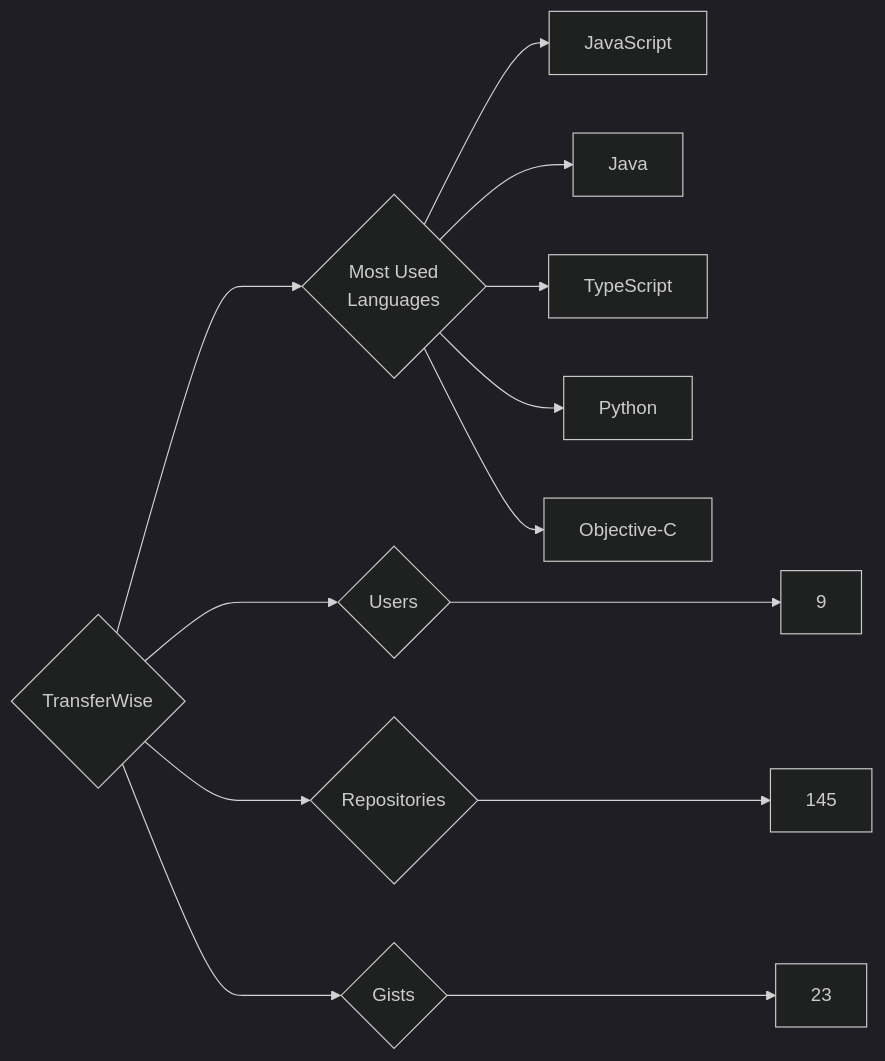
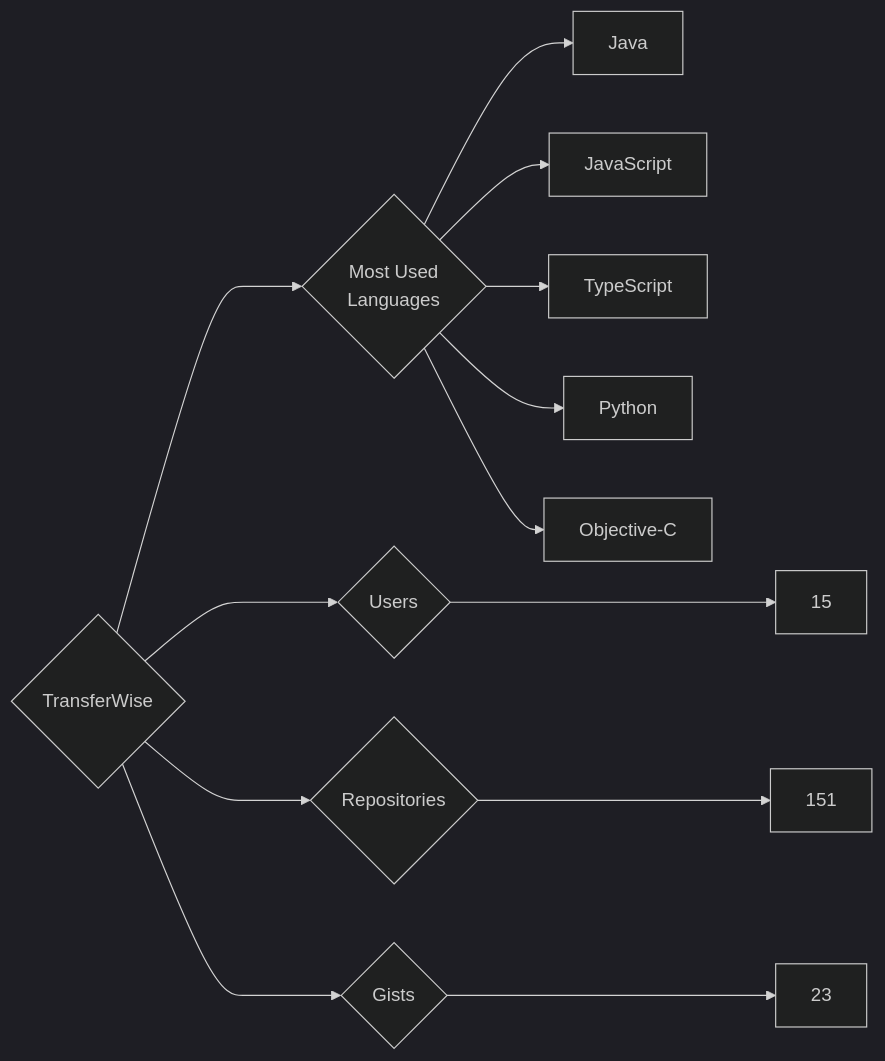
The diagram in targets/TransferWise/README.md (trickest/insiders), drawn with Mermaid (dark theme) before and after one commit. The commit also changed 1011 other files, not shown here.

````diff
--- a/targets/TransferWise/README.md
+++ b/targets/TransferWise/README.md
@@ -3,13 +3,13 @@
 ```mermaid
 graph LR
 COMPANY_NAME{TransferWise}
-COMPANY_NAME ---> U{Users} ---> UN[9]
-COMPANY_NAME ---> R{Repositories} ---> RN[145]
+COMPANY_NAME ---> U{Users} ---> UN[15]
+COMPANY_NAME ---> R{Repositories} ---> RN[151]
 COMPANY_NAME ---> G{Gists} ---> GN[23]
 COMPANY_NAME ---> ML{Most Used<br>Languages}
+ML --> Java[Java]
 ML --> JavaScript[JavaScript]
-ML --> Java[Java]
 ML --> TypeScript[TypeScript]
 ML --> Python[Python]
 ML --> Objective-C[Objective-C]
 ```
````
